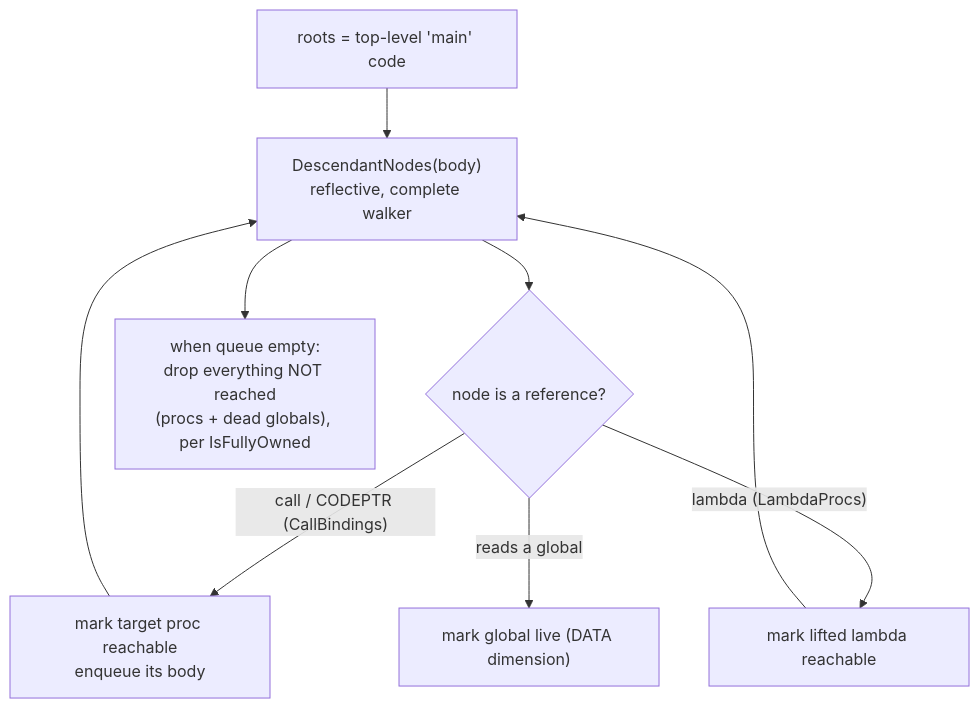
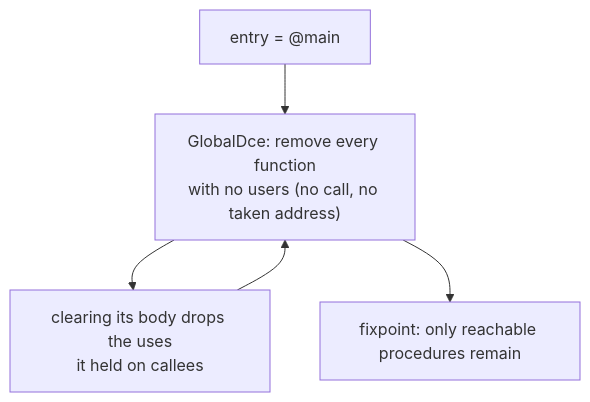
The fifth of 6 diagrams in docs/PIPELINE.md (Hawkynt/PB-Compiler), drawn with Mermaid before and after one commit. The commit also changed other lines of this file and 695 other files, not shown here.

````diff
--- a/docs/PIPELINE.md
+++ b/docs/PIPELINE.md
@@ -116,11 +137,7 @@
 ```mermaid
 flowchart TD
-  ROOT["roots = top-level 'main' code"] --> WALK["DescendantNodes(body)<br/>reflective, complete walker"]
-  WALK --> REF{"node is a reference?"}
-  REF -- "call / CODEPTR (CallBindings)" --> MARKP["mark target proc reachable<br/>enqueue its body"]
-  REF -- "lambda (LambdaProcs)" --> MARKL["mark lifted lambda reachable"]
-  REF -- "reads a global" --> MARKG["mark global live (DATA dimension)"]
-  MARKP --> WALK
-  MARKL --> WALK
-  WALK --> SWEEP["when queue empty:<br/>drop everything NOT reached<br/>(procs + dead globals), per IsFullyOwned"]
+  ROOT["entry = @main"] --> SWEEP["GlobalDce: remove every function<br/>with no users (no call, no taken address)"]
+  SWEEP --> CLEAR["clearing its body drops the uses<br/>it held on callees"]
+  CLEAR --> SWEEP
+  SWEEP --> DONE["fixpoint: only reachable procedures remain"]
 ```
````
